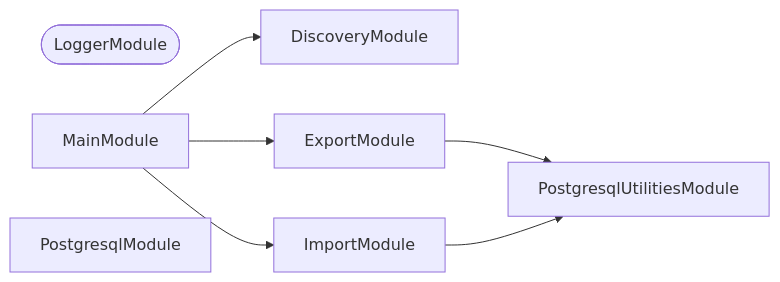
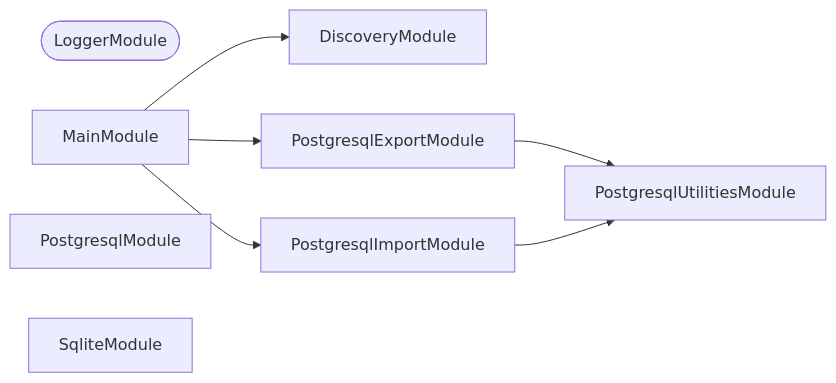
The second of 3 diagrams in projects/common/persistence/README.md (organizzolini/codebase), drawn with Mermaid before and after one commit. The commit also changed other lines of this file and 183 other files, not shown here.

````diff
--- a/projects/common/persistence/README.md
+++ b/projects/common/persistence/README.md
@@ -471,15 +471,16 @@
 ```mermaid
 flowchart LR
   DiscoveryModule
-  ExportModule
-  ImportModule
   LoggerModule([LoggerModule])
   MainModule
+  PostgresqlExportModule
+  PostgresqlImportModule
   PostgresqlModule
   PostgresqlUtilitiesModule
-  ExportModule --> PostgresqlUtilitiesModule
-  ImportModule --> PostgresqlUtilitiesModule
+  SqliteModule
   MainModule --> DiscoveryModule
-  MainModule --> ExportModule
-  MainModule --> ImportModule
+  MainModule --> PostgresqlExportModule
+  MainModule --> PostgresqlImportModule
+  PostgresqlExportModule --> PostgresqlUtilitiesModule
+  PostgresqlImportModule --> PostgresqlUtilitiesModule
 ```
````
